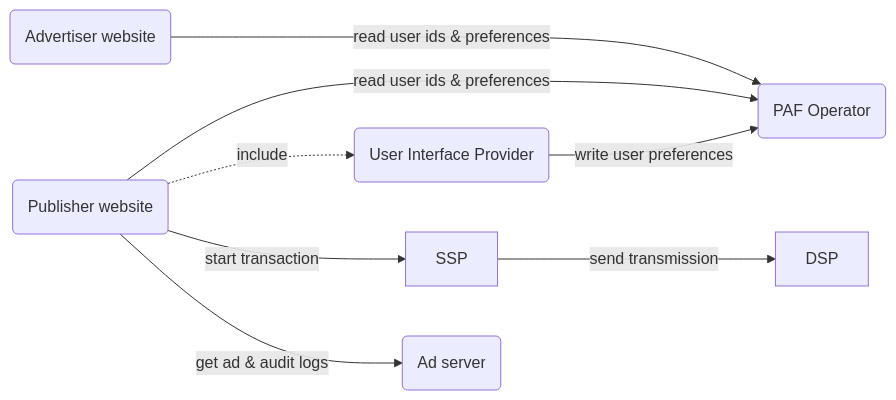
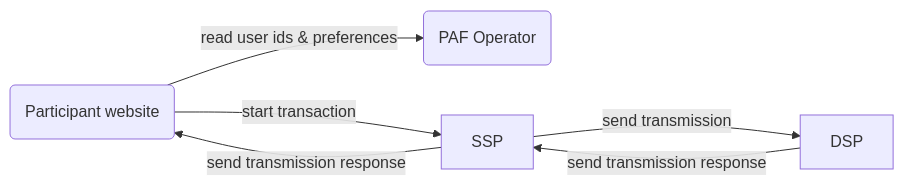
The diagram in mvp-spec/README.md (OneKey-Network/addressability-framework), drawn with Mermaid before and after one commit. The commit also changed other lines of this file, not shown here.

First line of the commit message:
Refactoring to get closer to an overview (#104)

````diff
--- a/mvp-spec/README.md
+++ b/mvp-spec/README.md
@@ -27,29 +9,19 @@
 ```mermaid
 flowchart LR
     
     O(PAF Operator)
     click O href "#operator" "Operator API"
     
-    Ad(Ad server)
-    click Ad href "#ad-server" "Ad server"
+    Participant("Participant website")
     
-    Advertiser("Advertiser website")
-    Advertiser --->|read user ids & preferences| O
-    click Advertiser href "#advertiser" "Advertiser"
+    Participant -->|read user ids & preferences| O
+    click Participant href "#publisher" "Participant"
     
-    Publisher("Publisher website")
-    
-    Publisher -->|read user ids & preferences| O
-    click Publisher href "#publisher" "Publisher"
-    
-    Publisher -.->|include| UI
-    Publisher -- start transaction --> SSP
-    Publisher -- get ad & audit logs --> Ad
-    
+    Participant -- start transaction --> SSP
     SSP -- send transmission --> DSP
+    DSP -- send transmission response --> SSP
+    SSP -- send transmission response --> Participant    
+
     click SSP href "#ssp-supply-side-platform" "SSP"
     click DSP href "#dsp-demand-side-platform" "DSP"
-    
-    UI("User Interface Provider") -->|write user preferences| O
-    click UI href "#user-interface-provider" "UI provider"
 ```
````
